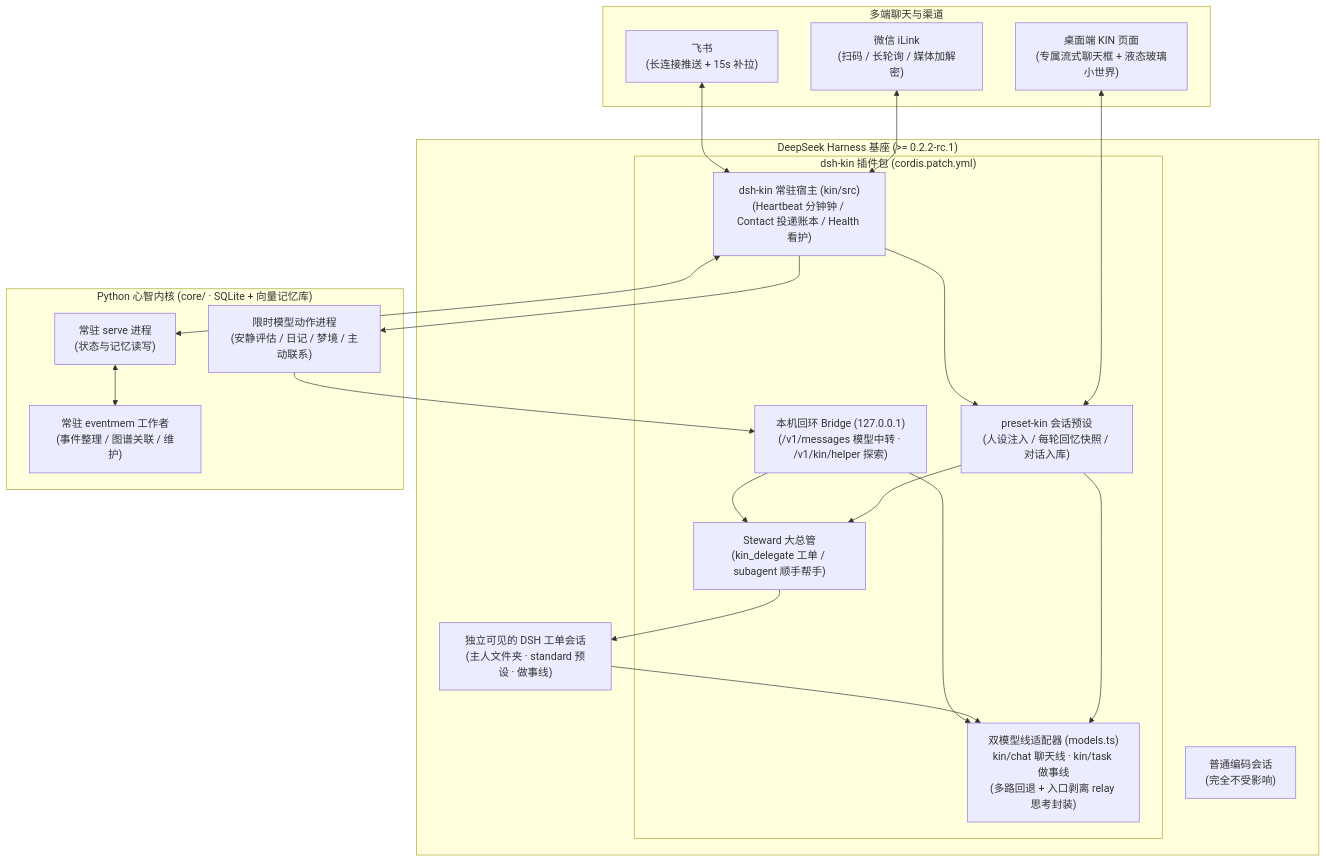
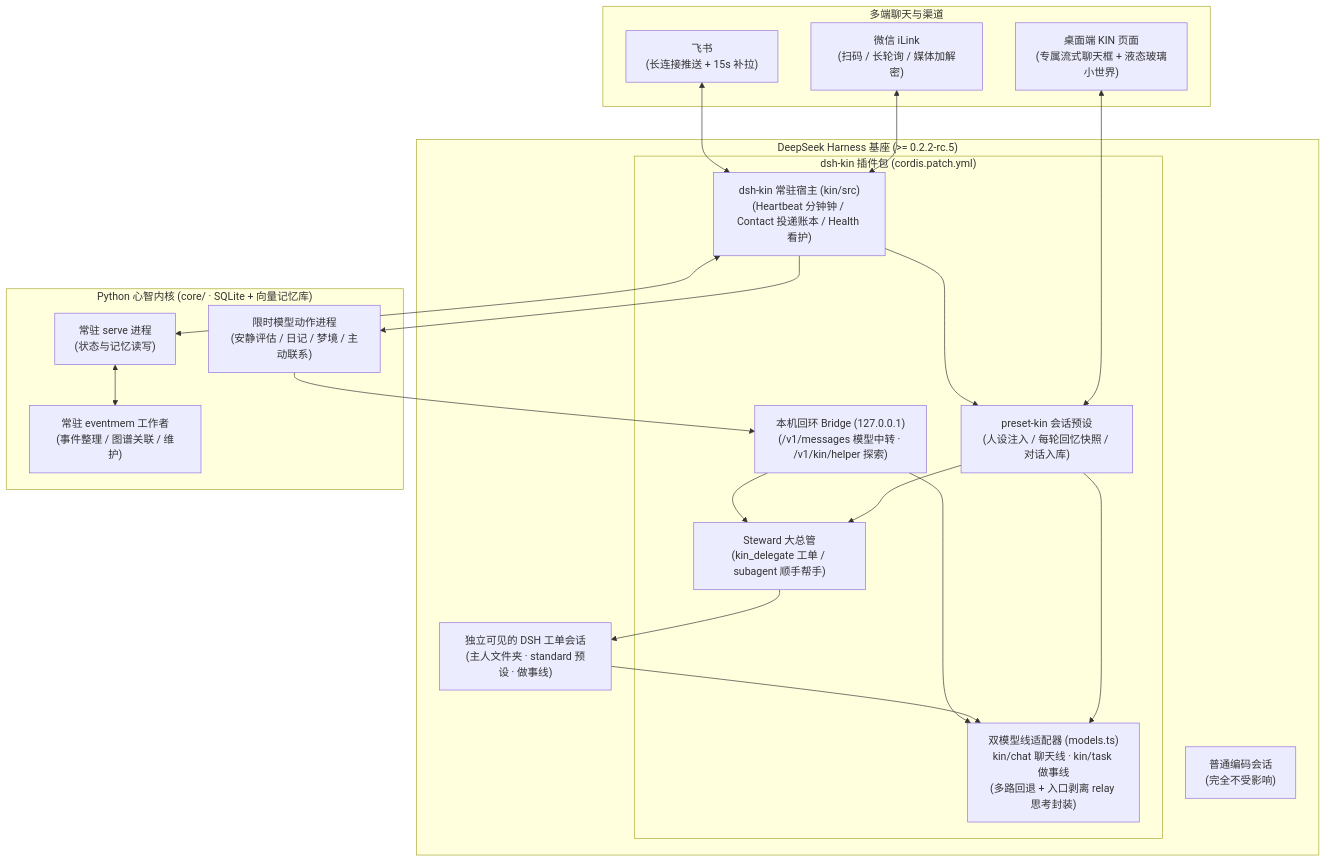
One commit to mycyg/kin-mind changed the diagram in README.md. Above: the diagram before and after it, drawn with Mermaid. The commit also changed other lines of this file and 11 other files, not shown here.

````diff
--- a/README.md
+++ b/README.md
@@ -104,41 +104,41 @@
 ```mermaid
 flowchart TB
   subgraph Channels["多端聊天与渠道"]
     UI["桌面端 KIN 页面<br/>(专属流式聊天框 + 液态玻璃小世界)"]
     WX["微信 iLink<br/>(扫码 / 长轮询 / 媒体加解密)"]
     FS["飞书<br/>(长连接推送 + 15s 补拉)"]
   end
 
-  subgraph DSH["DeepSeek Harness 基座 (>= 0.2.2-rc.1)"]
+  subgraph DSH["DeepSeek Harness 基座 (>= 0.2.2-rc.5)"]
     subgraph Plugin["dsh-kin 插件包 (cordis.patch.yml)"]
       Preset["preset-kin 会话预设<br/>(人设注入 / 每轮回忆快照 / 对话入库)"]
       Host["dsh-kin 常驻宿主 (kin/src)<br/>(Heartbeat 分钟钟 / Contact 投递账本 / Health 看护)"]
       Steward["Steward 大总管<br/>(kin_delegate 工单 / subagent 顺手帮手)"]
       Lanes["双模型线适配器 (models.ts)<br/>kin/chat 聊天线 · kin/task 做事线<br/>(多路回退 + 入口剥离 relay 思考封装)"]
       Bridge["本机回环 Bridge (127.0.0.1)<br/>(/v1/messages 模型中转 · /v1/kin/helper 探索)"]
     end
     Worker["独立可见的 DSH 工单会话<br/>(主人文件夹 · standard 预设 · 做事线)"]
     Coding["普通编码会话<br/>(完全不受影响)"]
   end
 
   subgraph Core["Python 心智内核 (core/ · SQLite + 向量记忆库)"]
     Serve["常驻 serve 进程<br/>(状态与记忆读写)"]
     Action["限时模型动作进程<br/>(安静评估 / 日记 / 梦境 / 主动联系)"]
     EventMem["常驻 eventmem 工作者<br/>(事件整理 / 图谱关联 / 维护)"]
   end
 
   UI <--> Preset
   WX <--> Host
   FS <--> Host
   Host --> Preset
   Preset --> Lanes
   Preset --> Steward
   Steward --> Worker
   Worker --> Lanes
   Host <--> Serve
   Host --> Action
   Action --> Bridge
   Bridge --> Lanes
   Bridge --> Steward
   Serve <--> EventMem
 ```
````
